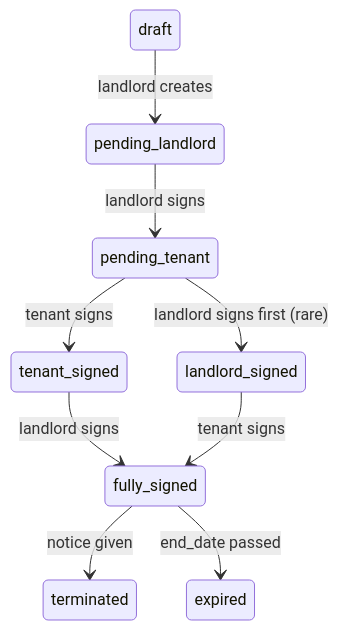
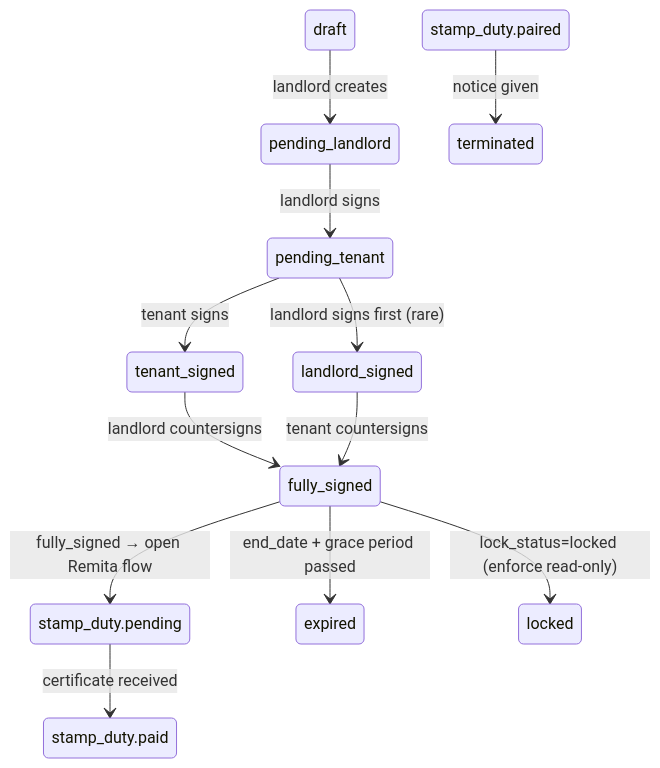
Before and after one commit to goldenbirchtechnologies/propatiapp: the second of 2 diagrams in docs/DATABASE_SCHEMA.md, drawn with Mermaid. The commit also changed other lines of this file and 119 other files, not shown here.

Commit message:
checkpoint: schema expansion, short-let engine, realtor/admin screens, docs/docs

````diff
--- a/docs/DATABASE_SCHEMA.md
+++ b/docs/DATABASE_SCHEMA.md
@@ -395,11 +440,14 @@
 ```mermaid
 stateDiagram-v2
-    draft --> pending_landlord : landlord creates
-    pending_landlord --> pending_tenant : landlord signs
-    pending_tenant --> tenant_signed : tenant signs
-    pending_tenant --> landlord_signed : landlord signs first (rare)
-    tenant_signed --> fully_signed : landlord signs
-    landlord_signed --> fully_signed : tenant signs
-    fully_signed --> terminated : notice given
-    fully_signed --> expired : end_date passed
+    draft --> pending_landlord     : landlord creates
+    pending_landlord --> pending_tenant  : landlord signs
+    pending_tenant --> tenant_signed     : tenant signs
+    pending_tenant --> landlord_signed  : landlord signs first (rare)
+    tenant_signed --> fully_signed      : landlord countersigns
+    landlord_signed --> fully_signed    : tenant countersigns
+    fully_signed --> stamp_duty.pending : fully_signed → open Remita flow
+    stamp_duty.pending --> stamp_duty.paid  : certificate received
+    stamp_duty.paired --> terminated  : notice given
+    fully_signed --> expired           : end_date + grace period passed
+    fully_signed --> locked            : lock_status=locked (enforce read-only)
 ```
````
